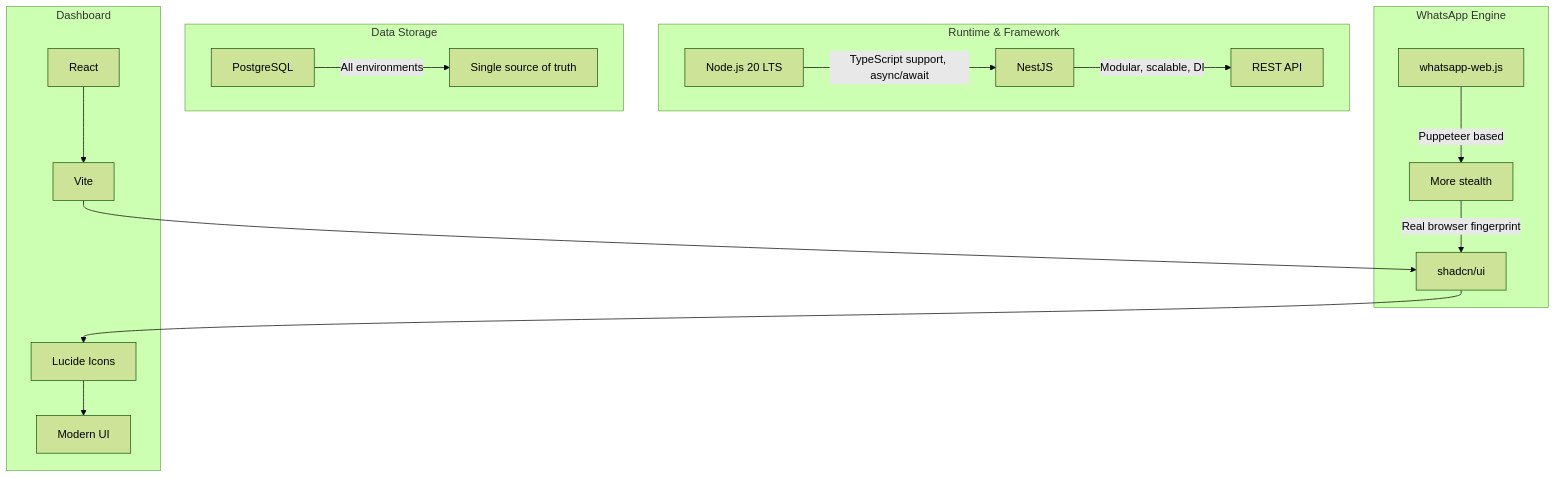
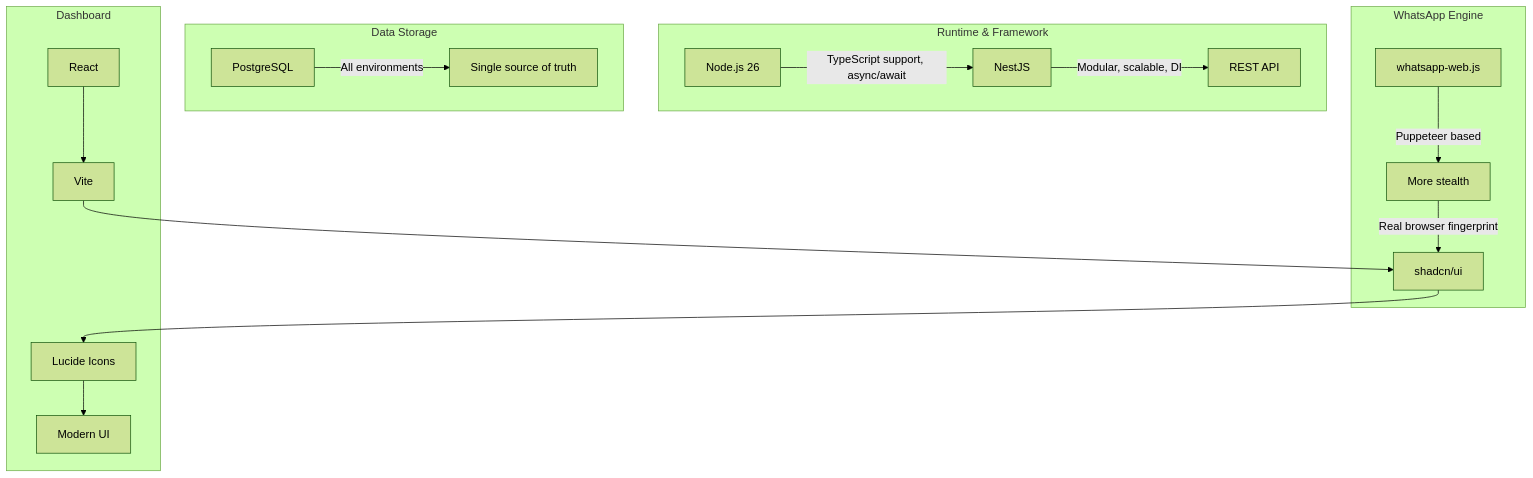
Before and after one commit to liminal-loop/whatsgate: the fifth of 5 diagrams in docs/01-project-overview.md, drawn with Mermaid (forest theme). The commit also changed other lines of this file and 14 other files, not shown here.

````diff
--- a/docs/01-project-overview.md
+++ b/docs/01-project-overview.md
@@ -220,23 +220,23 @@
 ```mermaid
 flowchart TB
     subgraph Runtime["Runtime & Framework"]
-        N[Node.js 20 LTS] --> |"TypeScript support, async/await"| NE[NestJS]
+        N[Node.js 26] --> |"TypeScript support, async/await"| NE[NestJS]
         NE --> |"Modular, scalable, DI"| API[REST API]
     end
     
     subgraph Engine["WhatsApp Engine"]
         WW[whatsapp-web.js] --> |"Puppeteer based"| P[More stealth]
         P --> |"Real browser fingerprint"| S[Lower ban risk]
     end
     
     subgraph Storage["Data Storage"]
         PG[PostgreSQL] --> |"All environments"| PROD[Single source of truth]
     end
     
     subgraph Frontend["Dashboard"]
         R[React] --> V[Vite]
         V --> S[shadcn/ui]
         S --> L[Lucide Icons]
         L --> UI[Modern UI]
     end
 ```
````
